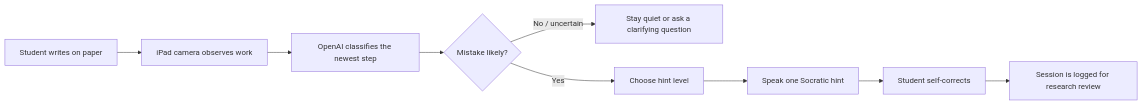
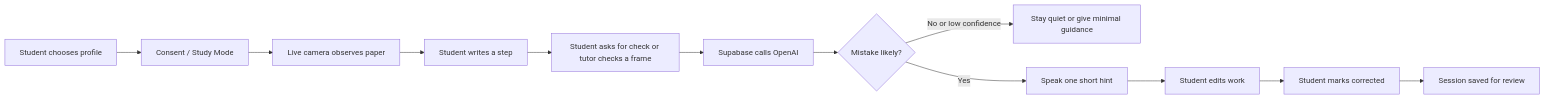
Before and after one commit to vmanukyann/MathTutor: the first of 8 diagrams in README.md, drawn with Mermaid. The commit also changed other lines of this file and 31 other files, not shown here.

````diff
--- a/README.md
+++ b/README.md
@@ -26,11 +55,14 @@
 ```mermaid
 flowchart LR
-    A["Student writes on paper"] --> B["iPad camera observes work"]
-    B --> C["OpenAI classifies the newest step"]
-    C --> D{"Mistake likely?"}
-    D -- "No / uncertain" --> E["Stay quiet or ask a clarifying question"]
-    D -- "Yes" --> F["Choose hint level"]
-    F --> G["Speak one Socratic hint"]
-    G --> H["Student self-corrects"]
-    H --> I["Session is logged for research review"]
+    A["Student chooses profile"] --> B["Consent / Study Mode"]
+    B --> C["Live camera observes paper"]
+    C --> D["Student writes a step"]
+    D --> E["Student asks for check or tutor checks a frame"]
+    E --> F["Supabase calls OpenAI"]
+    F --> G{"Mistake likely?"}
+    G -- "No or low confidence" --> H["Stay quiet or give minimal guidance"]
+    G -- "Yes" --> I["Speak one short hint"]
+    I --> J["Student edits work"]
+    J --> K["Student marks corrected"]
+    K --> L["Session saved for review"]
 ```
````
